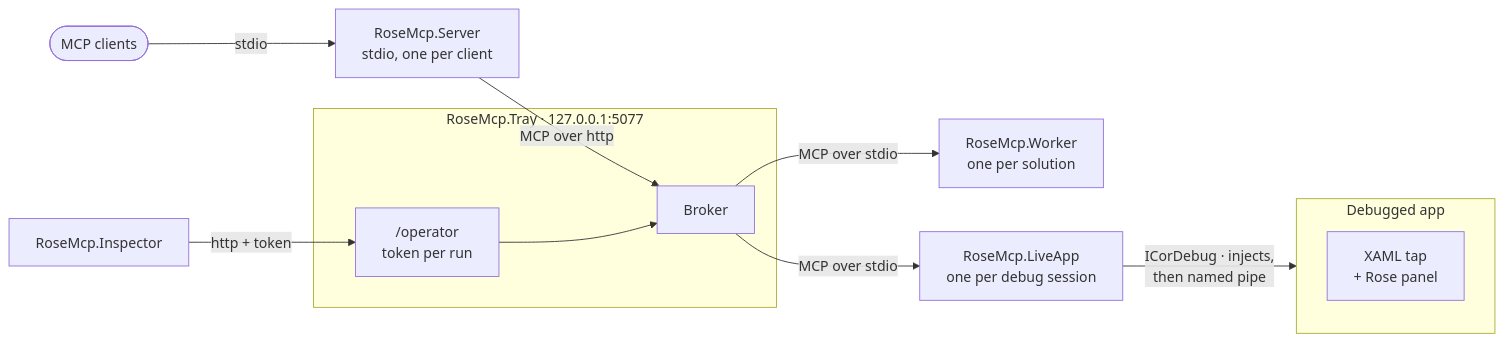
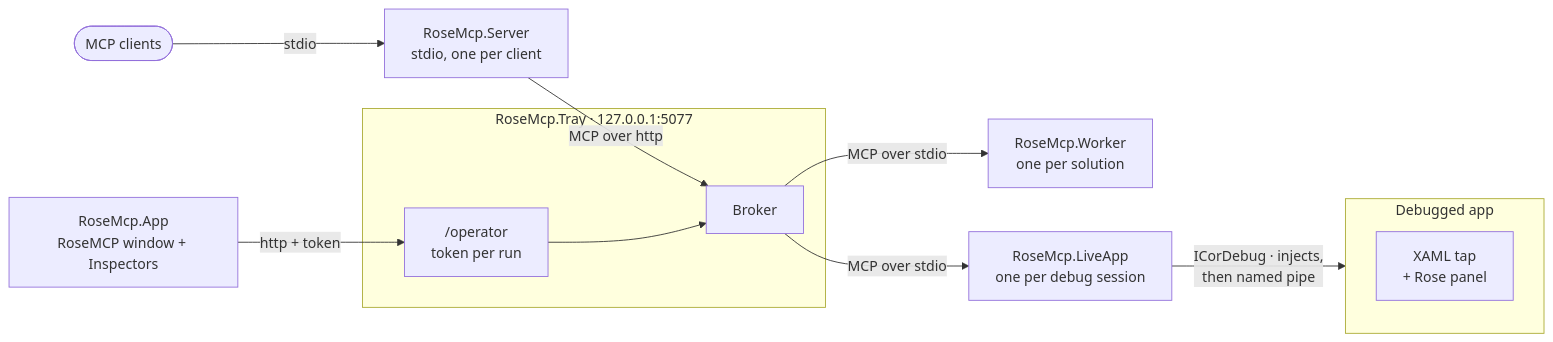
The diagram in README.md (AtomicBlom/RoseMCP), drawn with Mermaid before and after one commit. The commit also changed other lines of this file and 126 other files, not shown here.

````diff
--- a/README.md
+++ b/README.md
@@ -139,25 +139,25 @@
 ```mermaid
 flowchart LR
     agents(["MCP clients"])
     relay["RoseMcp.Server<br/>stdio, one per client"]
 
     subgraph tray["RoseMcp.Tray · 127.0.0.1:5077"]
         broker["Broker"]
         operator["/operator<br/>token per run"]
     end
 
     workers["RoseMcp.Worker<br/>one per solution"]
     host["RoseMcp.LiveApp<br/>one per debug session"]
-    inspector["RoseMcp.Inspector"]
+    inspector["RoseMcp.App<br/>RoseMCP window + Inspectors"]
 
     subgraph app["Debugged app"]
         tap["XAML tap<br/>+ Rose panel"]
     end
 
     agents -- stdio --> relay
     relay -- "MCP over http" --> broker
     broker -- "MCP over stdio" --> workers
     broker -- "MCP over stdio" --> host
     inspector -- "http + token" --> operator --> broker
     host -- "ICorDebug · injects,<br/>then named pipe" --> app
 ```
````
